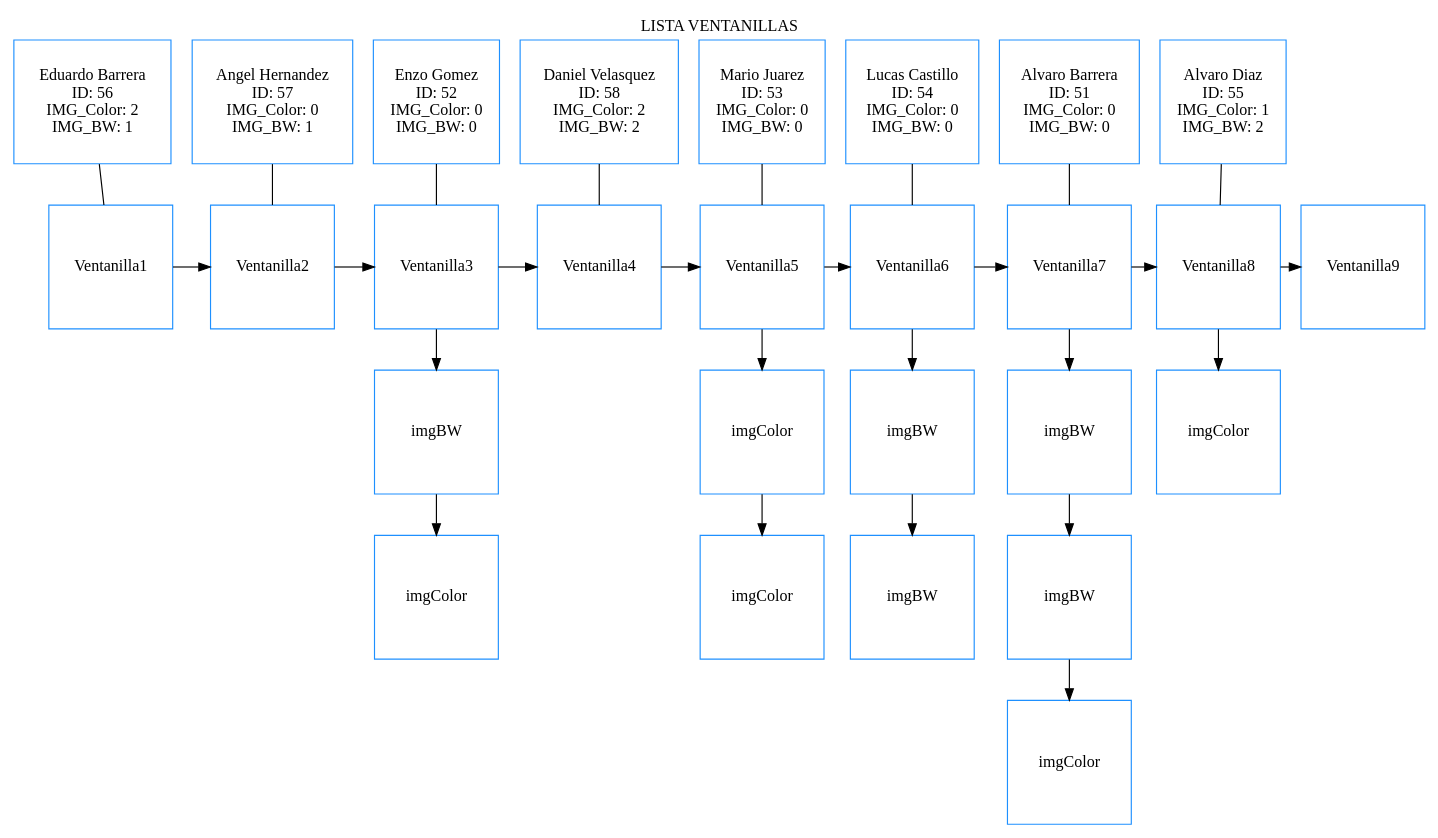
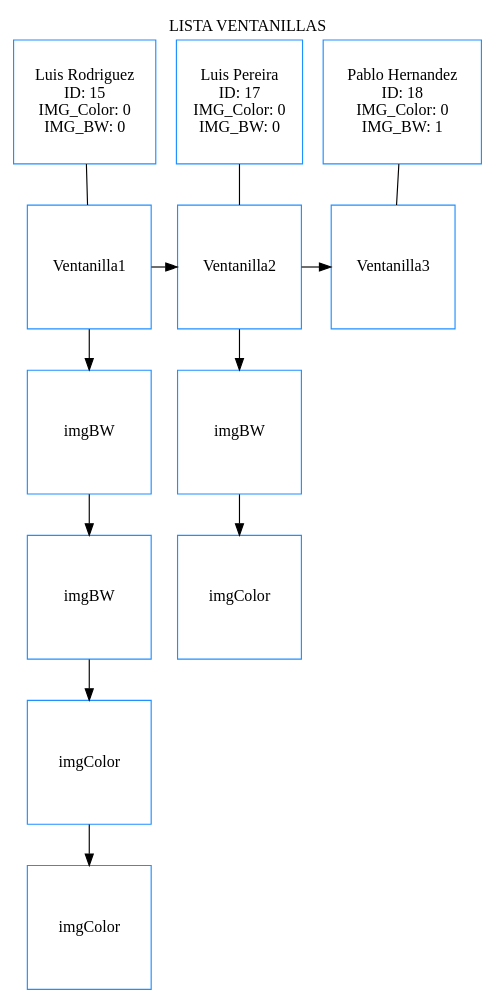
One commit to LuisBarrera23/EDD_PROYECTO_FASE1_202010223 changed the diagram in [EDD]PROYECTO_FASE1_202010223/ListaVentanilla.dot. Above: the diagram before and after it, drawn with Graphviz. The commit also changed 19 other files, not shown here.

```diff
--- a/[EDD]PROYECTO_FASE1_202010223/ListaVentanilla.dot
+++ b/[EDD]PROYECTO_FASE1_202010223/ListaVentanilla.dot
@@ -1,75 +1,33 @@
 digraph G{
 label="LISTA VENTANILLAS";
 labelloc = "t"
 node [shape=box,color=dodgerblue1];
 ventanilla1072408673[label="Ventanilla1", width=1.5,height=1.5];
-cliente205797316[label="Eduardo Barrera\nID: 56\nIMG_Color: 2\nIMG_BW: 1", width=1.5,height=1.5];
+cliente885284298[label="Luis Rodriguez\nID: 15\nIMG_Color: 0\nIMG_BW: 0", width=1.5,height=1.5];
+imagen2094548358[label="imgBW", width=1.5,height=1.5];
+imagen51228289[label="imgBW", width=1.5,height=1.5];
+imagen455896770[label="imgColor", width=1.5,height=1.5];
+imagen1323165413[label="imgColor", width=1.5,height=1.5];
 ventanilla1531448569[label="Ventanilla2", width=1.5,height=1.5];
-cliente1267032364[label="Angel Hernandez\nID: 57\nIMG_Color: 0\nIMG_BW: 1", width=1.5,height=1.5];
+cliente1534030866[label="Luis Pereira\nID: 17\nIMG_Color: 0\nIMG_BW: 0", width=1.5,height=1.5];
+imagen1880587981[label="imgBW", width=1.5,height=1.5];
+imagen511754216[label="imgColor", width=1.5,height=1.5];
 ventanilla1867083167[label="Ventanilla3", width=1.5,height=1.5];
-cliente521645586[label="Enzo Gomez\nID: 52\nIMG_Color: 0\nIMG_BW: 0", width=1.5,height=1.5];
-imagen96639997[label="imgBW", width=1.5,height=1.5];
-imagen1558600329[label="imgColor", width=1.5,height=1.5];
-ventanilla1915910607[label="Ventanilla4", width=1.5,height=1.5];
-cliente661672156[label="Daniel Velasquez\nID: 58\nIMG_Color: 2\nIMG_BW: 2", width=1.5,height=1.5];
-ventanilla284720968[label="Ventanilla5", width=1.5,height=1.5];
-cliente1296064247[label="Mario Juarez\nID: 53\nIMG_Color: 0\nIMG_BW: 0", width=1.5,height=1.5];
-imagen128893786[label="imgColor", width=1.5,height=1.5];
-imagen1349277854[label="imgColor", width=1.5,height=1.5];
-ventanilla189568618[label="Ventanilla6", width=1.5,height=1.5];
-cliente1637070917[label="Lucas Castillo\nID: 54\nIMG_Color: 0\nIMG_BW: 0", width=1.5,height=1.5];
-imagen1732398722[label="imgBW", width=1.5,height=1.5];
-imagen1775282465[label="imgBW", width=1.5,height=1.5];
-ventanilla793589513[label="Ventanilla7", width=1.5,height=1.5];
-cliente806353501[label="Alvaro Barrera\nID: 51\nIMG_Color: 0\nIMG_BW: 0", width=1.5,height=1.5];
-imagen1108411398[label="imgBW", width=1.5,height=1.5];
-imagen1147985808[label="imgBW", width=1.5,height=1.5];
-imagen2040495657[label="imgColor", width=1.5,height=1.5];
-ventanilla1313922862[label="Ventanilla8", width=1.5,height=1.5];
-cliente780237624[label="Alvaro Diaz\nID: 55\nIMG_Color: 1\nIMG_BW: 2", width=1.5,height=1.5];
-imagen1394438858[label="imgColor", width=1.5,height=1.5];
-ventanilla495053715[label="Ventanilla9", width=1.5,height=1.5];
-cliente205797316->ventanilla1072408673[dir="none"];
+cliente664223387[label="Pablo Hernandez\nID: 18\nIMG_Color: 0\nIMG_BW: 1", width=1.5,height=1.5];
+cliente885284298->ventanilla1072408673[dir="none"];
 {rank=same
 ventanilla1072408673->ventanilla1531448569
 }
-cliente1267032364->ventanilla1531448569[dir="none"];
+ventanilla1072408673->imagen2094548358;
+imagen2094548358->imagen51228289;
+imagen51228289->imagen455896770;
+imagen455896770->imagen1323165413;
+cliente1534030866->ventanilla1531448569[dir="none"];
 {rank=same
 ventanilla1531448569->ventanilla1867083167
 }
-cliente521645586->ventanilla1867083167[dir="none"];
-{rank=same
-ventanilla1867083167->ventanilla1915910607
-}
-ventanilla1867083167->imagen96639997;
-imagen96639997->imagen1558600329;
-cliente661672156->ventanilla1915910607[dir="none"];
-{rank=same
-ventanilla1915910607->ventanilla284720968
-}
-cliente1296064247->ventanilla284720968[dir="none"];
-{rank=same
-ventanilla284720968->ventanilla189568618
-}
-ventanilla284720968->imagen128893786;
-imagen128893786->imagen1349277854;
-cliente1637070917->ventanilla189568618[dir="none"];
-{rank=same
-ventanilla189568618->ventanilla793589513
-}
-ventanilla189568618->imagen1732398722;
-imagen1732398722->imagen1775282465;
-cliente806353501->ventanilla793589513[dir="none"];
-{rank=same
-ventanilla793589513->ventanilla1313922862
-}
-ventanilla793589513->imagen1108411398;
-imagen1108411398->imagen1147985808;
-imagen1147985808->imagen2040495657;
-cliente780237624->ventanilla1313922862[dir="none"];
-{rank=same
-ventanilla1313922862->ventanilla495053715
-}
-ventanilla1313922862->imagen1394438858;
+ventanilla1531448569->imagen1880587981;
+imagen1880587981->imagen511754216;
+cliente664223387->ventanilla1867083167[dir="none"];
 
 }
```
